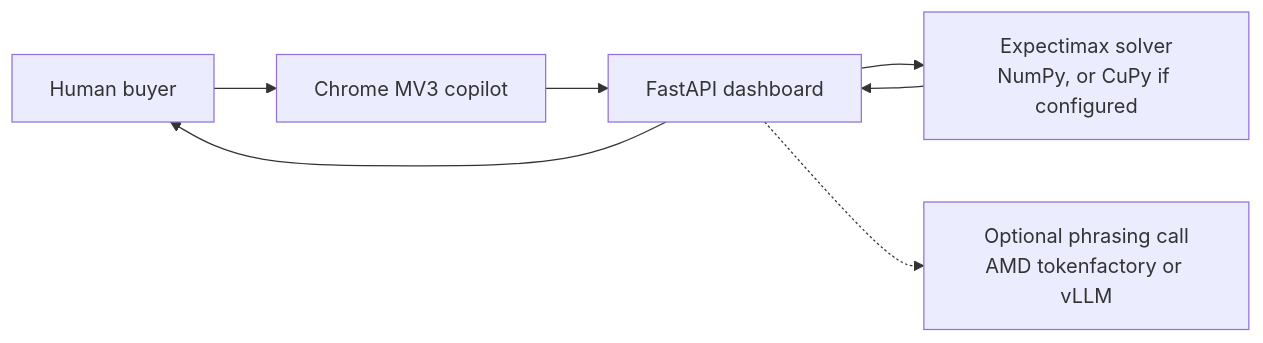
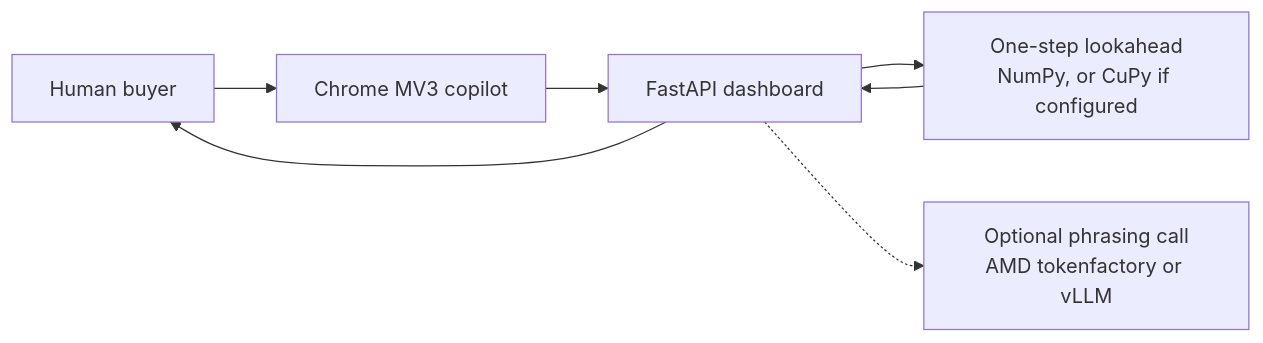
The diagram in README.md (Fu93/tradeflow-ai), drawn with Mermaid before and after one commit. The commit also changed other lines of this file and 188 other files, not shown here.

First line of the commit message:
TradeFlow v2 architecture phase 1: verified decision core, keyed audit chain, send guard (#13)

````diff
--- a/README.md
+++ b/README.md
@@ -102,13 +144,13 @@
 ```mermaid
 flowchart LR
     Buyer["Human buyer"]
     Ext["Chrome MV3 copilot"]
     API["FastAPI dashboard"]
-    Solver["Expectimax solver<br/>NumPy, or CuPy if configured"]
+    Solver["One-step lookahead<br/>NumPy, or CuPy if configured"]
     Phrase["Optional phrasing call<br/>AMD tokenfactory or vLLM"]
     Buyer --> Ext --> API
     API --> Solver
     Solver --> API
     API -.-> Phrase
     API --> Buyer
 ```
````
